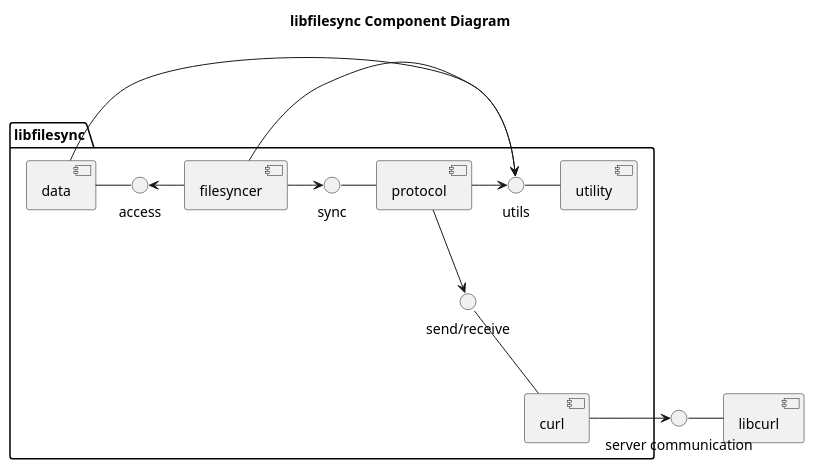
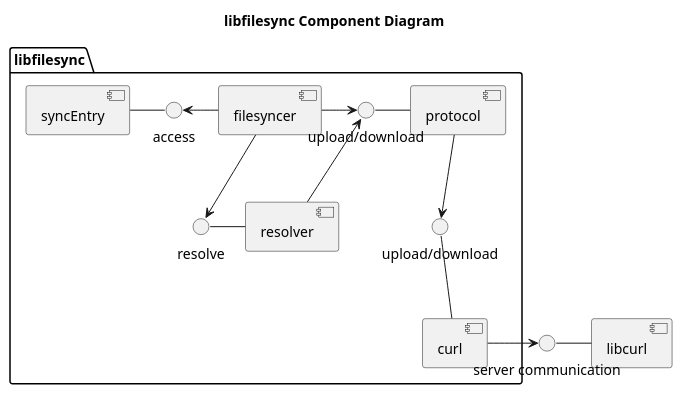
The diagram in doc/libfilesync-component.puml (kfpgk/libfilesync), drawn with PlantUML before and after one commit. The commit also changed 18 other files, not shown here.

Commit message:
Implement sync data file buffer

```diff
--- a/doc/libfilesync-component.puml
+++ b/doc/libfilesync-component.puml
@@ -1,36 +1,35 @@
-@startuml libfilesync-component
+@startuml libfilesync-component-diagram
 
 title libfilesync Component Diagram
 
 package libfilesync {
     component filesyncer
 
+    component resolver
+    interface resolve
+
     component protocol
-    interface sync 
+    interface "upload/download" as updwnload 
 
-    component data
+    component syncEntry
     interface access
 
     component curl
-    interface "send/receive" as sndrcv
-
-    component utility
-    interface utils
+    interface "upload/download" as sndrcv
 }
 component libcurl
 interface "server communication" as srvcomm
 
-data - access
+syncEntry - access
 access <- filesyncer
-sync - protocol
-filesyncer -> sync
+updwnload - protocol
+filesyncer -> updwnload
+filesyncer --> resolve
+resolve - resolver
+updwnload <-- resolver
 sndrcv --  curl
 protocol --> sndrcv
-utils - utility
-data -> utils
-filesyncer -> utils
-protocol -> utils
 srvcomm - libcurl
 curl -> srvcomm
 
 @enduml
```
